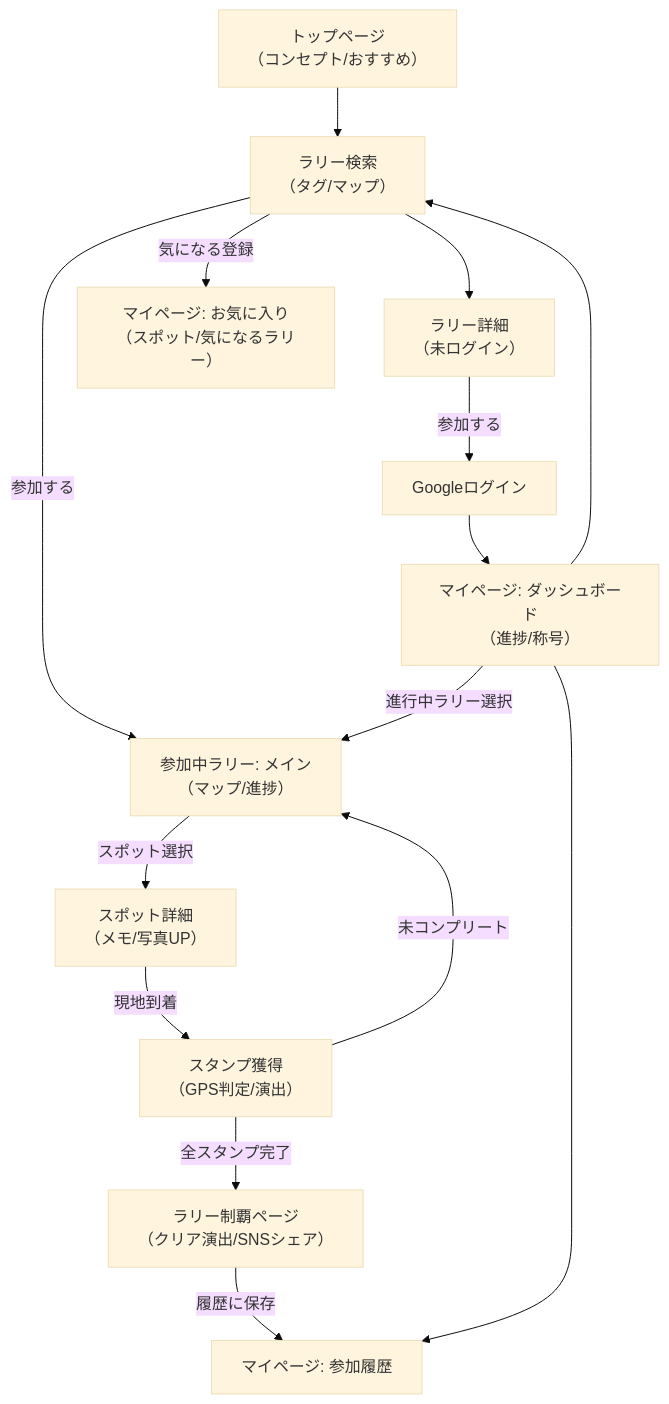
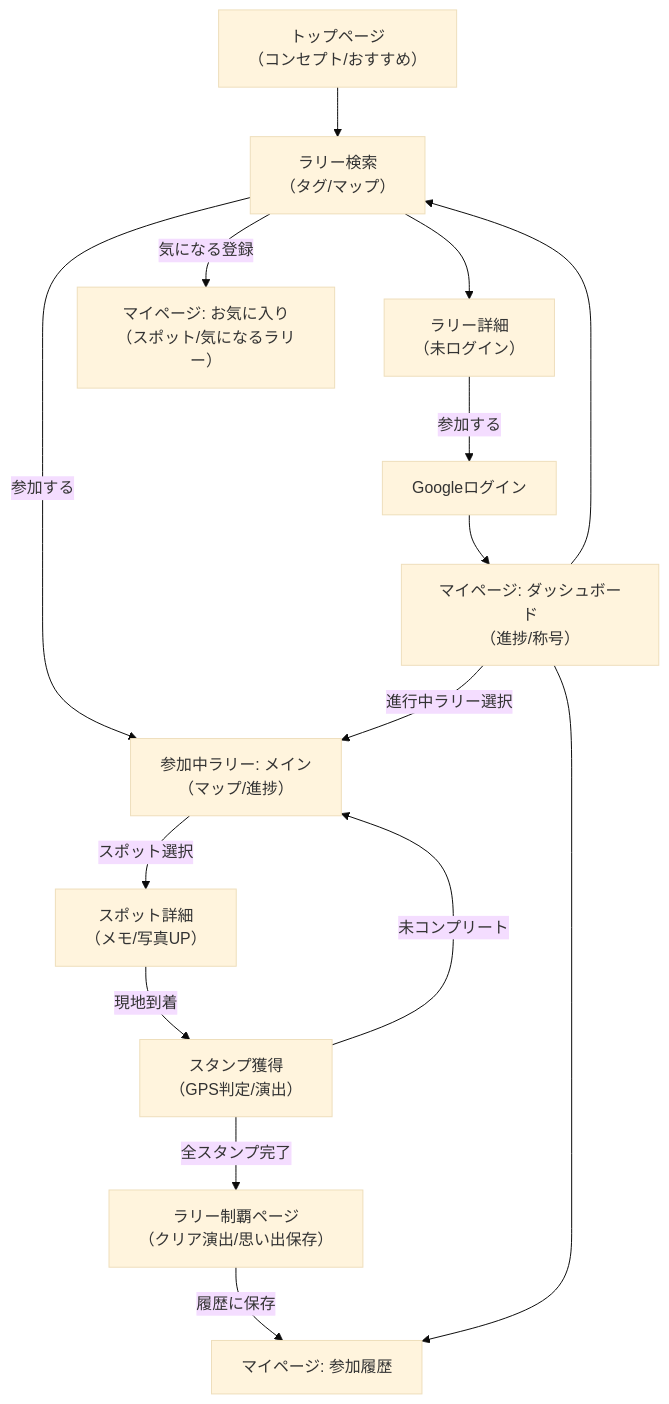
One commit to HamanoShintaro/stump-event changed the second of 3 diagrams in docs/concept_prd.md. Above: the diagram before and after it, drawn with Mermaid (base theme). The commit also changed other lines of this file, not shown here.

````diff
--- a/docs/concept_prd.md
+++ b/docs/concept_prd.md
@@ -94,39 +95,39 @@
 ```mermaid
 flowchart TD
     %% 画面ノード
     Top["トップページ<br>（コンセプト/おすすめ）"]
     Search["ラリー検索<br>（タグ/マップ）"]
     RallyDetailGuest["ラリー詳細<br>（未ログイン）"]
     Auth["Googleログイン"]
     
     MyDash["マイページ: ダッシュボード<br>（進捗/称号）"]
     MyFav["マイページ: お気に入り<br>（スポット/気になるラリー）"]
     MyHistory["マイページ: 参加履歴"]
     
     RallyMain["参加中ラリー: メイン<br>（マップ/進捗）"]
     SpotDetail["スポット詳細<br>（メモ/写真UP）"]
     CheckIn["スタンプ獲得<br>（GPS判定/演出）"]
-    Clear["ラリー制覇ページ<br>（クリア演出/SNSシェア）"]
+    Clear["ラリー制覇ページ<br>（クリア演出/思い出保存）"]
 
     %% ゲスト遷移
     Top --> Search
     Search --> RallyDetailGuest
     RallyDetailGuest -->|参加する| Auth
     
     %% 会員遷移
     Auth --> MyDash
     MyDash --> Search
     Search -->|気になる登録| MyFav
     Search -->|参加する| RallyMain
     
     %% プレイサイクル
     MyDash -->|進行中ラリー選択| RallyMain
     RallyMain -->|スポット選択| SpotDetail
     SpotDetail -->|現地到着| CheckIn
     CheckIn -->|未コンプリート| RallyMain
     CheckIn -->|全スタンプ完了| Clear
     
     %% クリア後
     Clear -->|履歴に保存| MyHistory
     MyDash --> MyHistory
 ```
````
